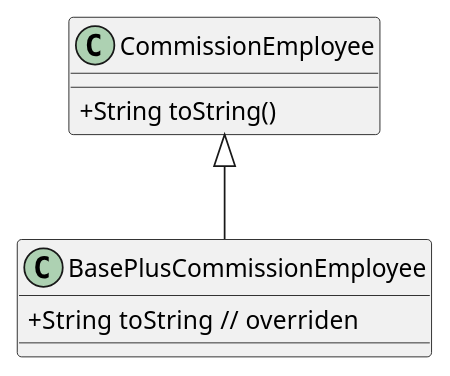
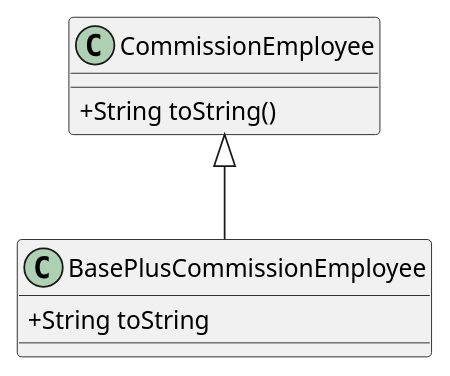
The fifth of 20 diagrams in docs/02-school-lecture/06-java-programming/ch10-object-oriented-programming-polymorphism-and-interface.md (rewls/rewls.github.io), drawn with PlantUML before and after one commit. The commit also changed other lines of this file and 11 other files, not shown here.

```diff
--- a/docs/02-school-lecture/06-java-programming/ch10-object-oriented-programming-polymorphism-and-interface.md
+++ b/docs/02-school-lecture/06-java-programming/ch10-object-oriented-programming-polymorphism-and-interface.md
@@ -224,11 +224,11 @@
 @startuml 10-class-diagram-5
 skinparam classAttributeIconSize 0
 class CommissionEmployee {
 	+ String toString()
 }
 class BasePlusCommissionEmployee {
-	+ String toString  // overriden
+	+ String toString
 }
 
 BasePlusCommissionEmployee -u-|> CommissionEmployee
 @enduml
```
